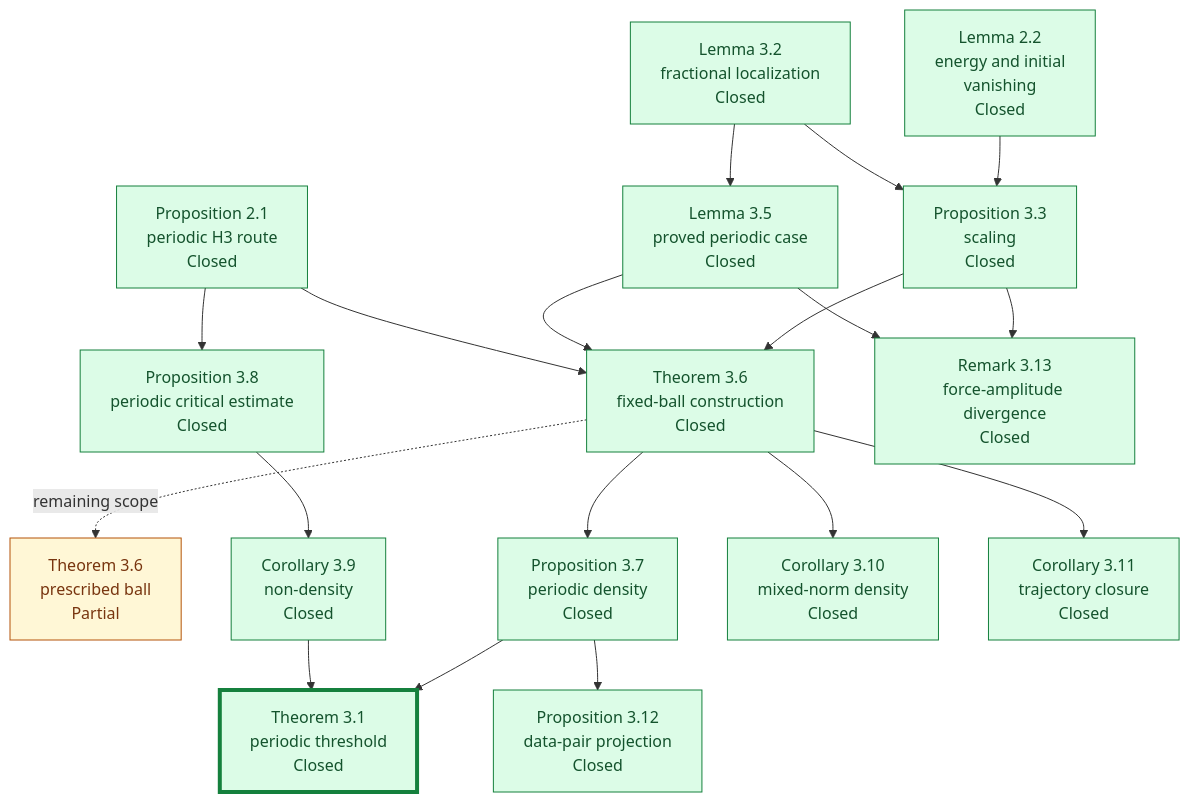
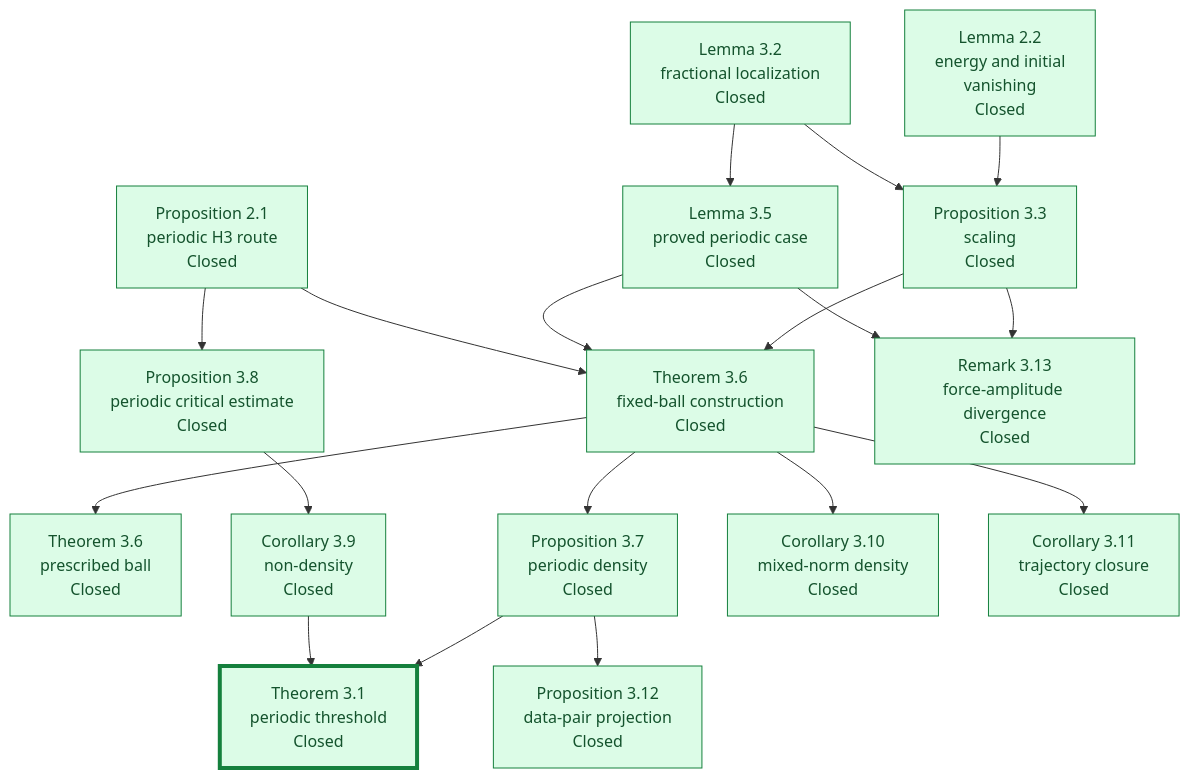
Before and after one commit to mathzhuonichi/blowup_density: the second of 4 diagrams in formalization/blueprint/DEPENDENCY_GRAPH.md, drawn with Mermaid. The commit also changed other lines of this file and 3 other files, not shown here.

````diff
--- a/formalization/blueprint/DEPENDENCY_GRAPH.md
+++ b/formalization/blueprint/DEPENDENCY_GRAPH.md
@@ -45,41 +45,40 @@
 ```mermaid
 flowchart TD
   E22["Lemma 2.2<br/>energy and initial<br/>vanishing<br/>Closed"]
   L32["Lemma 3.2<br/>fractional localization<br/>Closed"]
   S33["Proposition 3.3<br/>scaling<br/>Closed"]
   C35_T["Lemma 3.5<br/>proved periodic case<br/>Closed"]
   L21T["Proposition 2.1<br/>periodic H3 route<br/>Closed"]
   G36["Theorem 3.6<br/>fixed-ball construction<br/>Closed"]
-  G36_FULL["Theorem 3.6<br/>prescribed ball<br/>Partial"]
+  G36_FULL["Theorem 3.6<br/>prescribed ball<br/>Closed"]
   D37["Proposition 3.7<br/>periodic density<br/>Closed"]
   K38["Proposition 3.8<br/>periodic critical estimate<br/>Closed"]
   N39["Corollary 3.9<br/>non-density<br/>Closed"]
   T31["Theorem 3.1<br/>periodic threshold<br/>Closed"]
   M310["Corollary 3.10<br/>mixed-norm density<br/>Closed"]
   E311["Corollary 3.11<br/>trajectory closure<br/>Closed"]
   P312["Proposition 3.12<br/>data-pair projection<br/>Closed"]
   R313["Remark 3.13<br/>force-amplitude divergence<br/>Closed"]
   E22 --> S33
   L32 --> S33
   L32 --> C35_T
   S33 --> G36
   C35_T --> G36
   L21T --> G36
-  G36 -. remaining scope .-> G36_FULL
+  G36 --> G36_FULL
   G36 --> D37
   L21T --> K38
   K38 --> N39
   D37 --> T31
   N39 --> T31
   G36 --> M310
   G36 --> E311
   D37 --> P312
   S33 --> R313
   C35_T --> R313
   classDef closed fill:#dcfce7,stroke:#15803d,color:#14532d;
   classDef partial fill:#fff7d6,stroke:#b45309,color:#78350f;
   classDef mainResult stroke-width:4px;
-  class E22,L32,S33,C35_T,L21T,G36,D37,K38,N39,T31,M310,E311,P312,R313 closed;
-  class G36_FULL partial;
+  class E22,L32,S33,C35_T,L21T,G36,G36_FULL,D37,K38,N39,T31,M310,E311,P312,R313 closed;
   class T31 mainResult;
 ```
````
